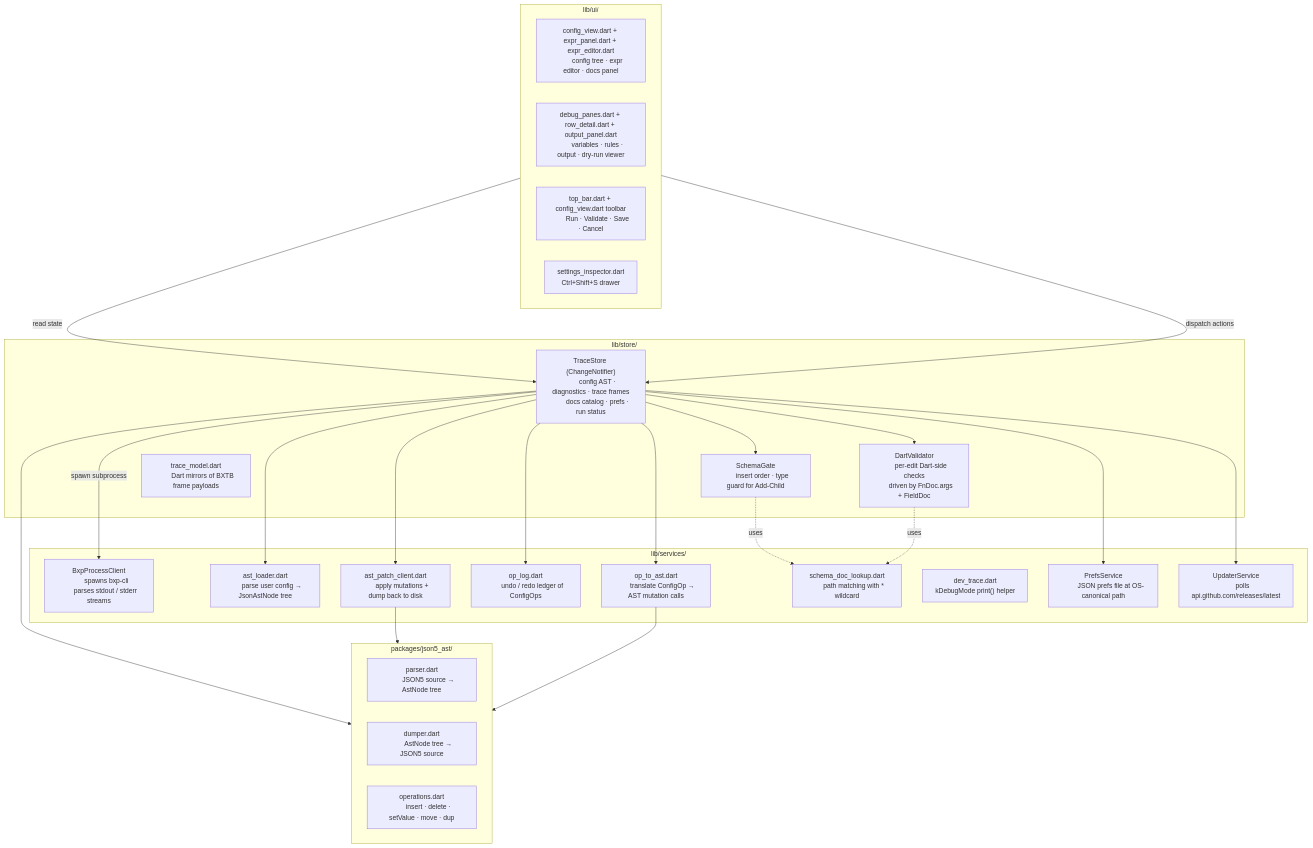
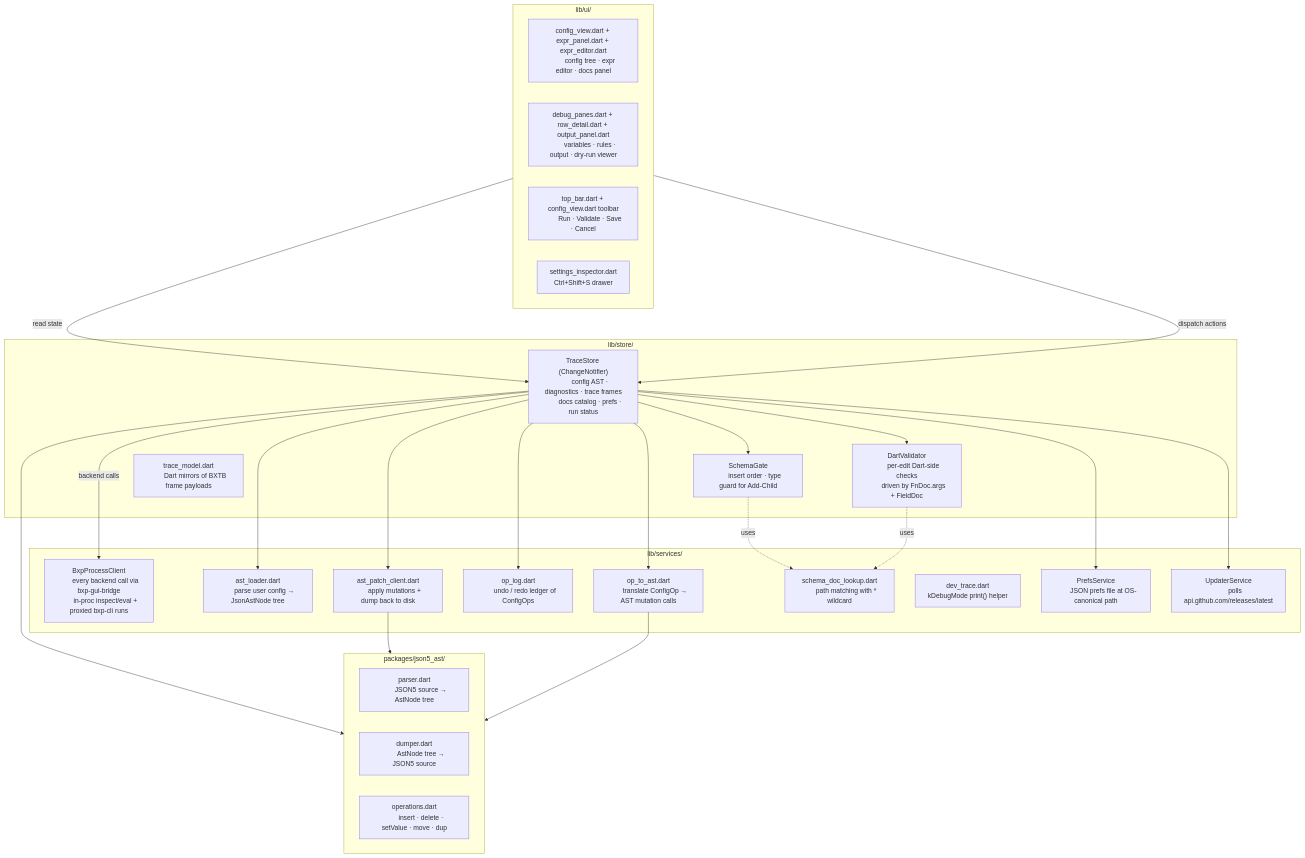
One commit to zaxified/bxp changed the first of 10 diagrams in docs/dev/architecture/gui.md. Above: the diagram before and after it, drawn with Mermaid. The commit also changed other lines of this file and 51 other files, not shown here.

````diff
--- a/docs/dev/architecture/gui.md
+++ b/docs/dev/architecture/gui.md
@@ -9,74 +9,74 @@
 ```mermaid
 graph TD
     subgraph UI["lib/ui/"]
         EDP["config_view.dart + expr_panel.dart + expr_editor.dart
         config tree · expr editor · docs panel"]
         TRP["debug_panes.dart + row_detail.dart + output_panel.dart
         variables · rules · output · dry-run viewer"]
         TLB["top_bar.dart + config_view.dart toolbar
         Run · Validate · Save · Cancel"]
         STG["settings_inspector.dart
         Ctrl+Shift+S drawer"]
     end
 
     subgraph STORE["lib/store/"]
         TS["TraceStore (ChangeNotifier)
         config AST · diagnostics · trace frames
         docs catalog · prefs · run status"]
         SG["SchemaGate
         insert order · type guard for Add-Child"]
         DV["DartValidator
         per-edit Dart-side checks
         driven by FnDoc.args + FieldDoc"]
         TM["trace_model.dart
         Dart mirrors of BXTB frame payloads"]
     end
 
     subgraph SVC["lib/services/"]
         BPC["BxpProcessClient
-        spawns bxp-cli
-        parses stdout / stderr streams"]
+        every backend call via bxp-gui-bridge
+        in-proc inspect/eval + proxied bxp-cli runs"]
         ASTL["ast_loader.dart
         parse user config → JsonAstNode tree"]
         ASTP["ast_patch_client.dart
         apply mutations + dump back to disk"]
         OPL["op_log.dart
         undo / redo ledger of ConfigOps"]
         OP2A["op_to_ast.dart
         translate ConfigOp → AST mutation calls"]
         SDL["schema_doc_lookup.dart
         path matching with * wildcard"]
         DT["dev_trace.dart
         kDebugMode print() helper"]
         PS["PrefsService
         JSON prefs file at OS-canonical path"]
         UPD["UpdaterService
         polls api.github.com/releases/latest"]
     end
 
     subgraph AST["packages/json5_ast/"]
         JP["parser.dart
         JSON5 source → AstNode tree"]
         JD["dumper.dart
         AstNode tree → JSON5 source"]
         JO["operations.dart
         insert · delete · setValue · move · dup"]
     end
 
     UI -->|read state| TS
     UI -->|dispatch actions| TS
     TS --> SG
     TS --> DV
     TS --> AST
-    TS -->|spawn subprocess| BPC
+    TS -->|backend calls| BPC
     TS --> ASTL
     TS --> ASTP
     TS --> OPL
     TS --> OP2A
     TS --> PS
     TS --> UPD
     SG -.uses.-> SDL
     DV -.uses.-> SDL
     ASTP --> AST
     OP2A --> AST
 ```
````
